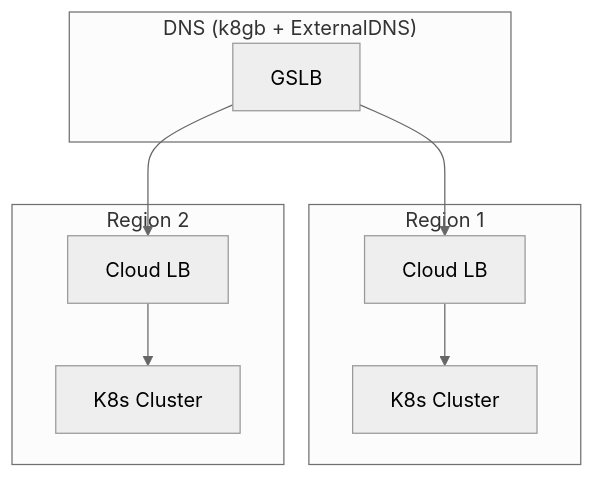
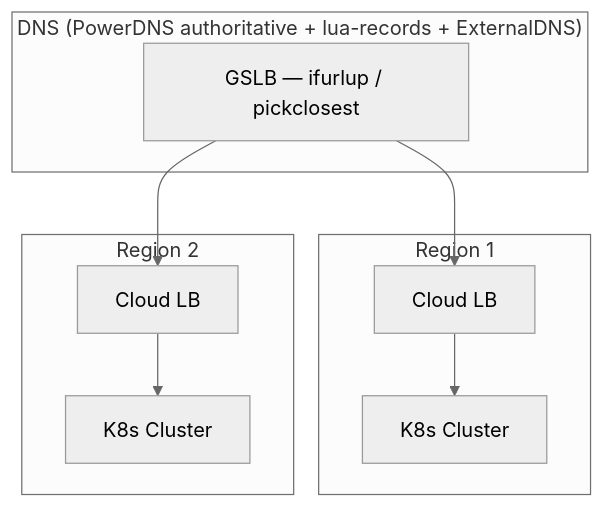
Before and after one commit to openova-io/openova: the second of 2 diagrams in platform/opentofu/README.md, drawn with Mermaid (neutral theme). The commit also changed other lines of this file and 30 other files, not shown here.

````diff
--- a/platform/opentofu/README.md
+++ b/platform/opentofu/README.md
@@ -156,21 +156,21 @@
 ```mermaid
 flowchart TB
     subgraph Region1["Region 1"]
         K8s1[K8s Cluster]
         LB1[Cloud LB]
     end
 
     subgraph Region2["Region 2"]
         K8s2[K8s Cluster]
         LB2[Cloud LB]
     end
 
-    subgraph DNS["DNS (k8gb + ExternalDNS)"]
-        GSLB[GSLB]
+    subgraph DNS["DNS (PowerDNS authoritative + lua-records + ExternalDNS)"]
+        GSLB[GSLB — ifurlup / pickclosest]
     end
 
     LB1 --> K8s1
     LB2 --> K8s2
     GSLB --> LB1
     GSLB --> LB2
 ```
````
